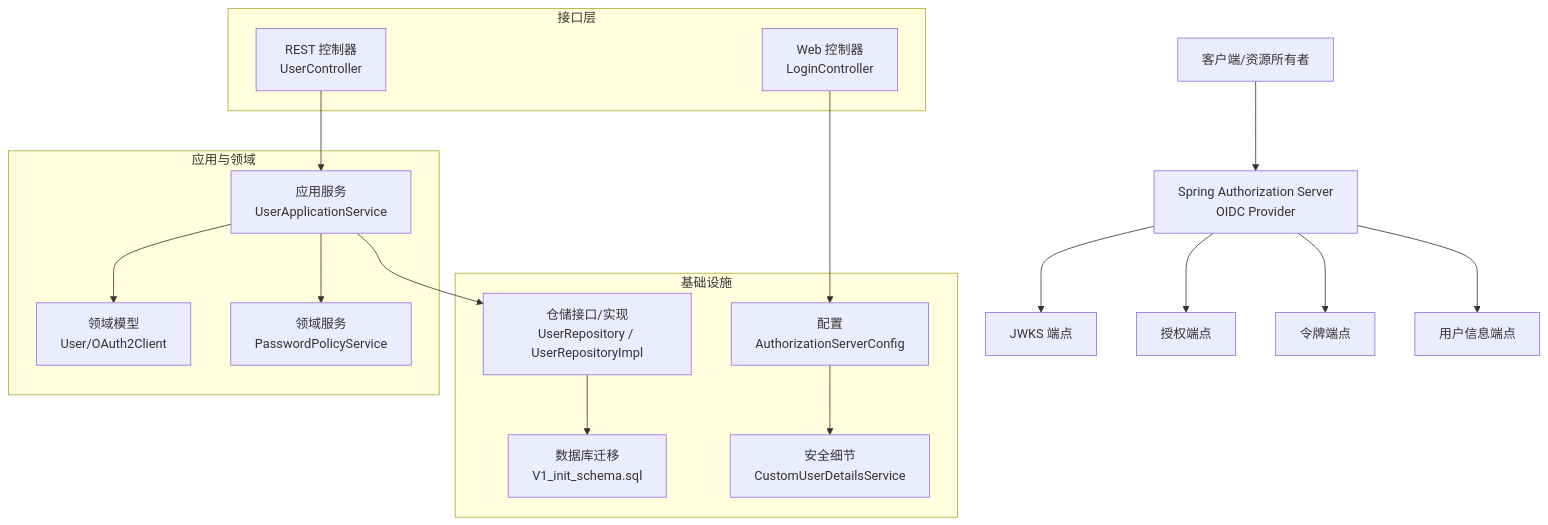
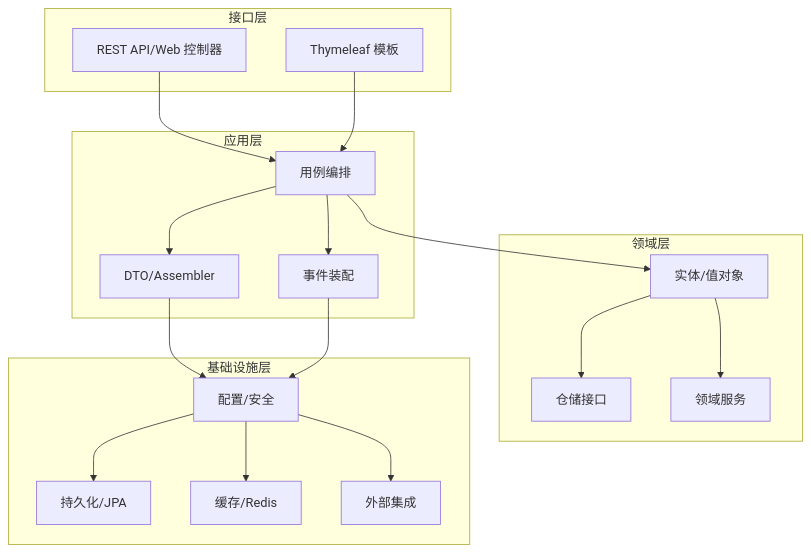
Before and after one commit to fq0121104930716/iam-platform: the second of 8 diagrams in .qoder/repowiki/zh/content/项目概述/项目概述.md, drawn with Mermaid. The commit also changed other lines of this file and 222 other files, not shown here.

````diff
--- a/.qoder/repowiki/zh/content/项目概述/项目概述.md
+++ b/.qoder/repowiki/zh/content/项目概述/项目概述.md
@@ -125,30 +128,35 @@
 ```mermaid
 graph TB
-Client["客户端/资源所有者"] --> AS["Spring Authorization Server<br/>OIDC Provider"]
-AS --> JWKS["JWKS 端点"]
-AS --> AUTHZ["授权端点"]
-AS --> TOKEN["令牌端点"]
-AS --> USERINFO["用户信息端点"]
-subgraph "应用与领域"
-APP["应用服务<br/>UserApplicationService"]
-DOM["领域模型<br/>User/OAuth2Client"]
-POL["领域服务<br/>PasswordPolicyService"]
+subgraph "接口层"
+REST["REST API/Web 控制器"]
+TPL["Thymeleaf 模板"]
 end
-subgraph "接口层"
-REST["REST 控制器<br/>UserController"]
-WEB["Web 控制器<br/>LoginController"]
+subgraph "应用层"
+USE_CASE["用例编排"]
+DTO["DTO/Assembler"]
+EVENT["事件装配"]
 end
-subgraph "基础设施"
-CFG["配置<br/>AuthorizationServerConfig"]
-SEC["安全细节<br/>CustomUserDetailsService"]
-REP["仓储接口/实现<br/>UserRepository / UserRepositoryImpl"]
-DB["数据库迁移<br/>V1_init_schema.sql"]
+subgraph "领域层"
+ENTITY["实体/值对象"]
+REPO["仓储接口"]
+DOMAIN_SERVICE["领域服务"]
 end
-REST --> APP
-WEB --> CFG
-APP --> DOM
-APP --> POL
-APP --> REP
-CFG --> SEC
-REP --> DB
+subgraph "基础设施层"
+CONFIG["配置/安全"]
+PERSIST["持久化/JPA"]
+CACHE["缓存/Redis"]
+EXT["外部集成"]
+end
+REST --> USE_CASE
+TPL --> USE_CASE
+USE_CASE --> ENTITY
+USE_CASE --> DTO
+USE_CASE --> EVENT
+ENTITY --> REPO
+ENTITY --> DOMAIN_SERVICE
+DTO --> CONFIG
+EVENT --> CONFIG
+CONFIG --> PERSIST
+CONFIG --> CACHE
+CONFIG --> EXT
 ```
````
